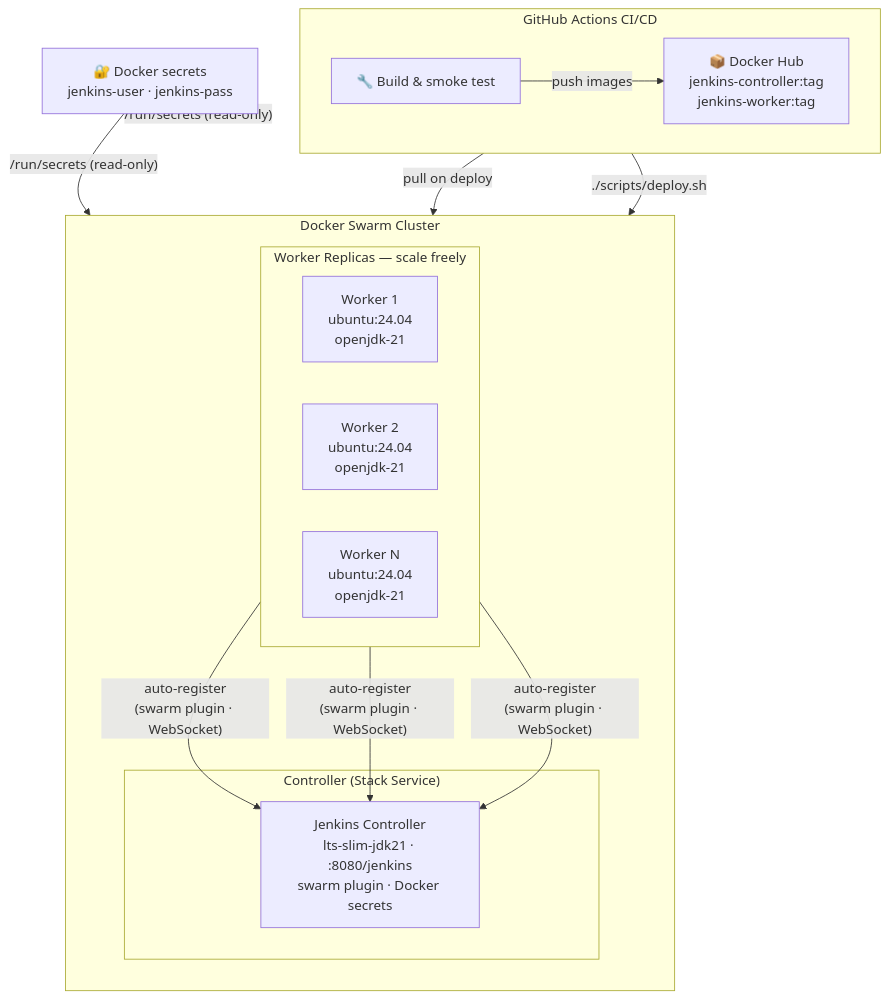
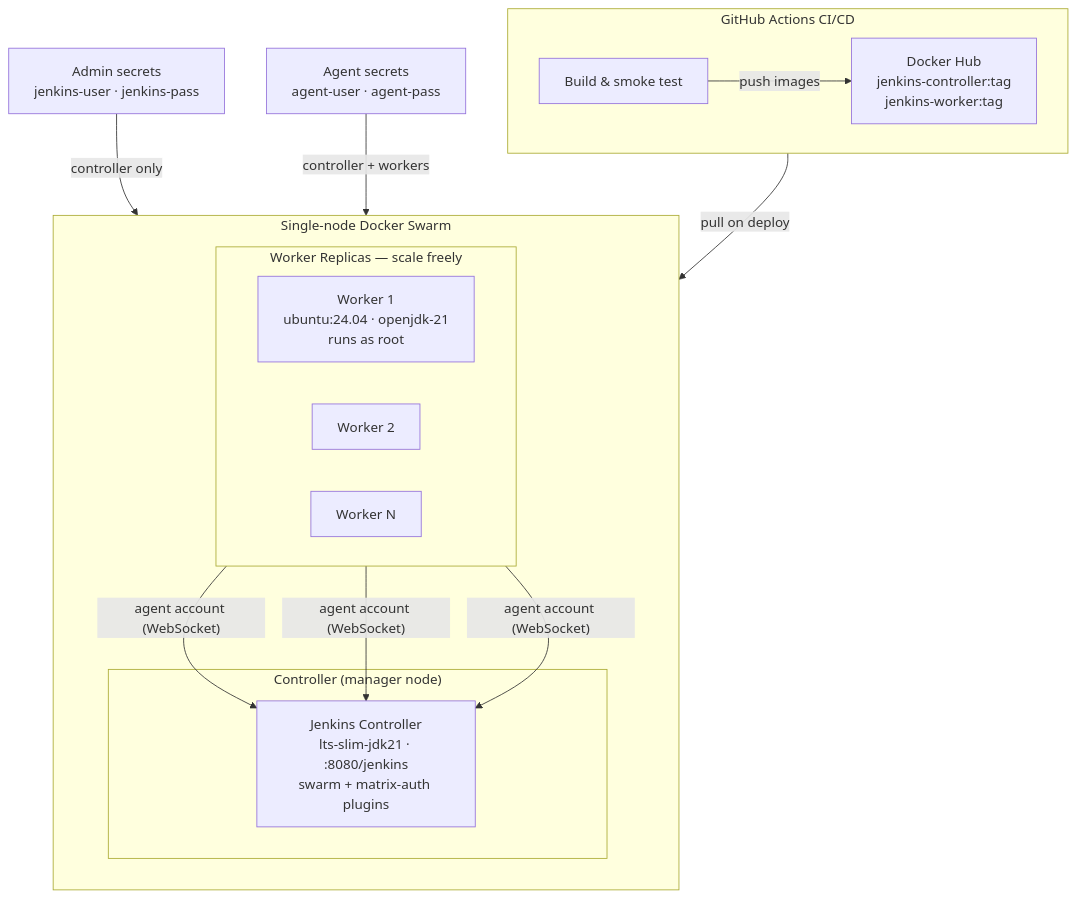
Before and after one commit to sangharshcs/deploy-jenkins: the first of 3 diagrams in README.md, drawn with Mermaid. The commit also changed other lines of this file and 10 other files, not shown here.

First line of the commit message:
feat: separate agent credentials, Matrix Auth, and 6 targeted fixes (#9)

````diff
--- a/README.md
+++ b/README.md
@@ -39,35 +39,35 @@
 ```mermaid
 flowchart TB
     subgraph CI ["GitHub Actions CI/CD"]
         direction LR
-        GHA["🔧 Build & smoke test"]
-        HUB["📦 Docker Hub\njenkins-controller:tag\njenkins-worker:tag"]
+        GHA["Build & smoke test"]
+        HUB["Docker Hub\njenkins-controller:tag\njenkins-worker:tag"]
         GHA -->|push images| HUB
     end
 
-    subgraph SWARM ["Docker Swarm Cluster"]
+    subgraph SWARM ["Single-node Docker Swarm"]
         direction TB
 
-        subgraph CTRL ["Controller (Stack Service)"]
-            JC["Jenkins Controller\nlts-slim-jdk21 · :8080/jenkins\nswarm plugin · Docker secrets"]
+        subgraph CTRL ["Controller (manager node)"]
+            JC["Jenkins Controller\nlts-slim-jdk21 · :8080/jenkins\nswarm + matrix-auth plugins"]
         end
 
         subgraph WORKERS ["Worker Replicas — scale freely"]
             direction LR
-            W1["Worker 1\nubuntu:24.04\nopenjdk-21"]
-            W2["Worker 2\nubuntu:24.04\nopenjdk-21"]
-            WN["Worker N\nubuntu:24.04\nopenjdk-21"]
+            W1["Worker 1\nubuntu:24.04 · openjdk-21\nruns as root"]
+            W2["Worker 2"]
+            WN["Worker N"]
         end
 
-        W1 -->|"auto-register\n(swarm plugin · WebSocket)"| JC
-        W2 -->|"auto-register\n(swarm plugin · WebSocket)"| JC
-        WN -->|"auto-register\n(swarm plugin · WebSocket)"| JC
+        W1 -->|"agent account (WebSocket)"| JC
+        W2 -->|"agent account (WebSocket)"| JC
+        WN -->|"agent account (WebSocket)"| JC
     end
 
     HUB -->|pull on deploy| SWARM
-    GHA -->|"./scripts/deploy.sh"| SWARM
 
-    SECRETS["🔐 Docker secrets\njenkins-user · jenkins-pass"]
-    SECRETS -->|"/run/secrets (read-only)"| CTRL
-    SECRETS -->|"/run/secrets (read-only)"| WORKERS
+    ADMIN_SECRETS["Admin secrets\njenkins-user · jenkins-pass"]
+    AGENT_SECRETS["Agent secrets\nagent-user · agent-pass"]
+    ADMIN_SECRETS -->|"controller only"| CTRL
+    AGENT_SECRETS -->|"controller + workers"| SWARM
 ```
````
